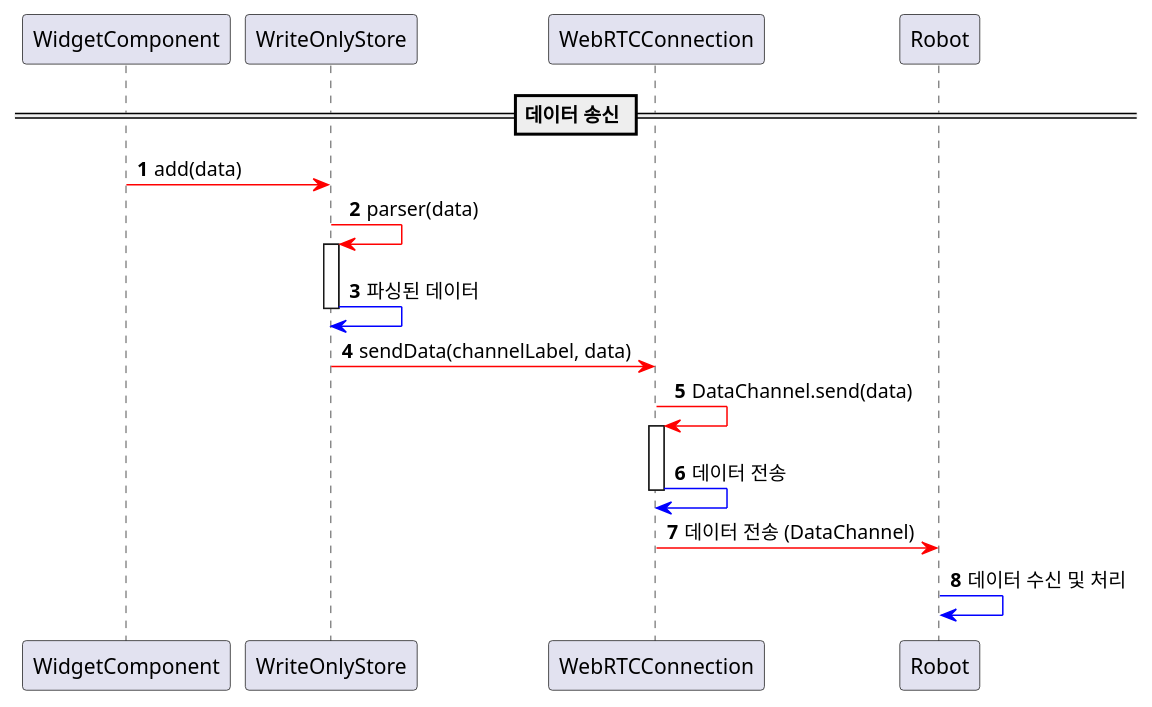
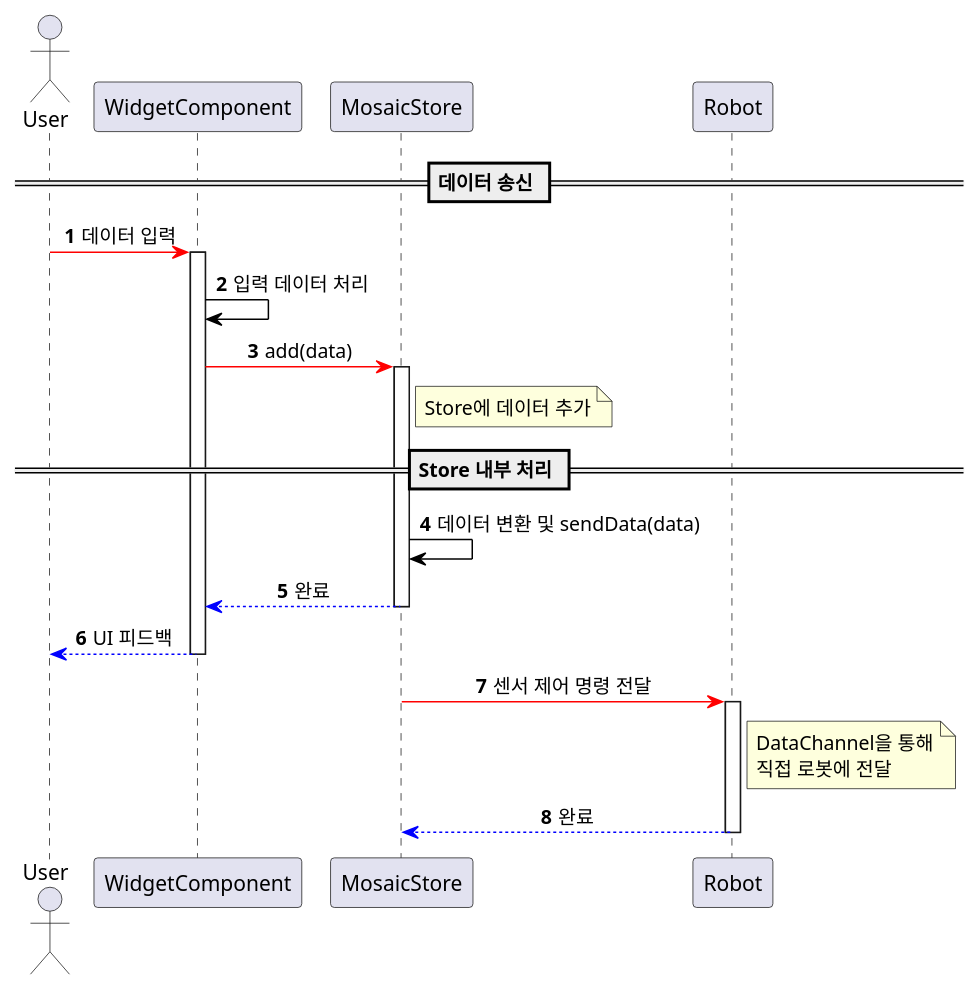
The diagram in diagram/sequence_data_transmit.puml (ACSL-MOSAIC/MOSAIC-Server), drawn with PlantUML before and after one commit.

Commit message:
modify: sequence_data_transmit diagram

```diff
--- a/diagram/sequence_data_transmit.puml
+++ b/diagram/sequence_data_transmit.puml
@@ -1,23 +1,39 @@
 @startuml
-'https://plantuml.com/sequence-diagram
+skinparam sequenceMessageAlign center
+skinparam maxMessageSize 250
+autonumber
 
-participant WidgetComponent
-participant WriteOnlyStore
-participant WebRTCConnection
-participant Robot
-
-autonumber
+actor User
+participant "WidgetComponent" as WidgetComponent
+participant "MosaicStore" as MosaicStore
+participant "Robot" as Robot
 
 == 데이터 송신 ==
 
-WidgetComponent -[#red]> WriteOnlyStore: add(data)
-WriteOnlyStore -[#red]> WriteOnlyStore ++: parser(data)
-WriteOnlyStore [#blue]-> WriteOnlyStore --: 파싱된 데이터
+User -[#red]> WidgetComponent: 데이터 입력
+activate WidgetComponent
 
-WriteOnlyStore -[#red]> WebRTCConnection: sendData(channelLabel, data)
-WebRTCConnection -[#red]> WebRTCConnection ++: DataChannel.send(data)
-WebRTCConnection [#blue]-> WebRTCConnection --: 데이터 전송
+WidgetComponent -[#black]> WidgetComponent: 입력 데이터 처리
 
-WebRTCConnection -[#red]> Robot: 데이터 전송 (DataChannel)
-Robot [#blue]-> Robot: 데이터 수신 및 처리
+WidgetComponent -[#red]> MosaicStore: add(data)
+activate MosaicStore
+note right of MosaicStore: Store에 데이터 추가
+
+== Store 내부 처리 ==
+
+MosaicStore -[#black]> MosaicStore: 데이터 변환 및 sendData(data)
+
+MosaicStore --[#blue]> WidgetComponent: 완료
+deactivate MosaicStore
+
+WidgetComponent --[#blue]> User: UI 피드백
+deactivate WidgetComponent
+
+MosaicStore -[#red]> Robot: 센서 제어 명령 전달
+activate Robot
+note right of Robot: DataChannel을 통해\n직접 로봇에 전달
+
+Robot --[#blue]> MosaicStore: 완료
+deactivate Robot
+
 @enduml
```
